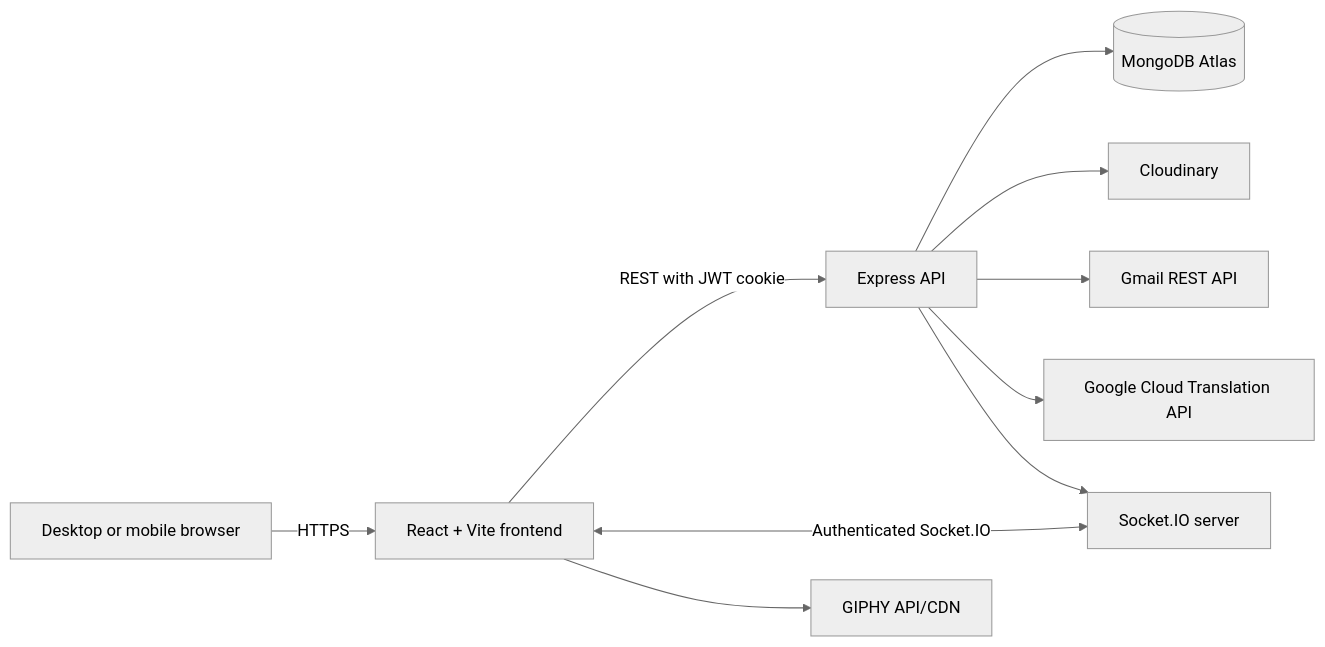
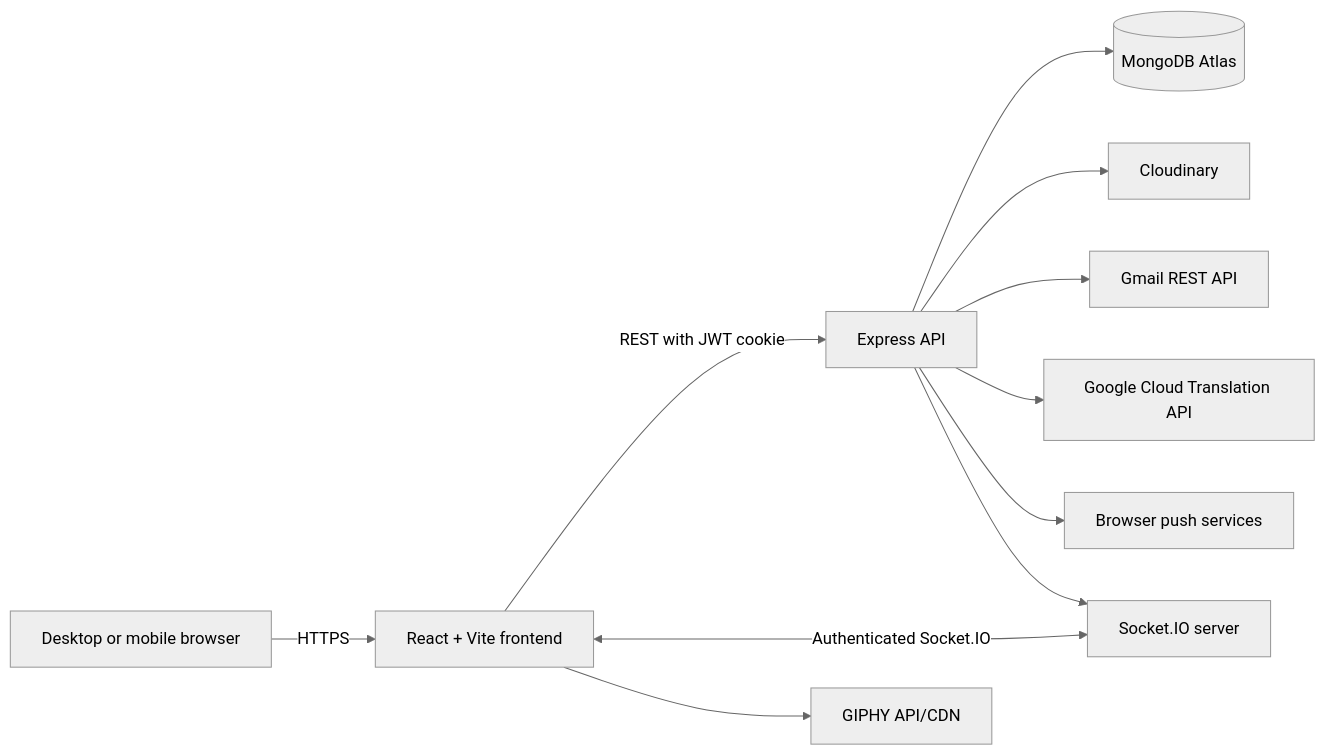
The diagram in README.md (Saurav11343/click-chat), drawn with Mermaid (neutral theme) before and after one commit. The commit also changed other lines of this file and 15 other files, not shown here.

````diff
--- a/README.md
+++ b/README.md
@@ -42,12 +44,13 @@
 ```mermaid
 flowchart LR
     U["Desktop or mobile browser"] -->|"HTTPS"| F["React + Vite frontend"]
     F -->|"REST with JWT cookie"| B["Express API"]
     F <-->|"Authenticated Socket.IO"| S["Socket.IO server"]
     B --> DB[("MongoDB Atlas")]
     B --> C["Cloudinary"]
     B --> G["Gmail REST API"]
     B --> T["Google Cloud Translation API"]
+    B --> P["Browser push services"]
     F --> Y["GIPHY API/CDN"]
     B --> S
 ```
````
